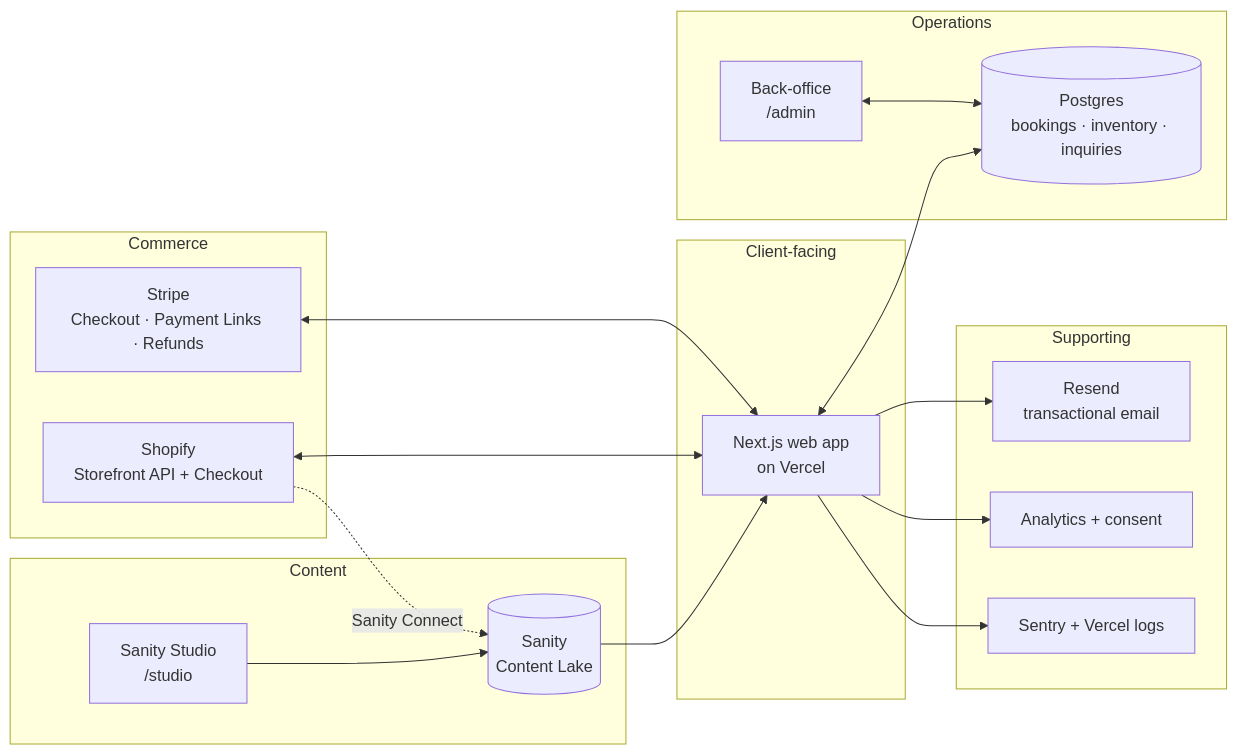
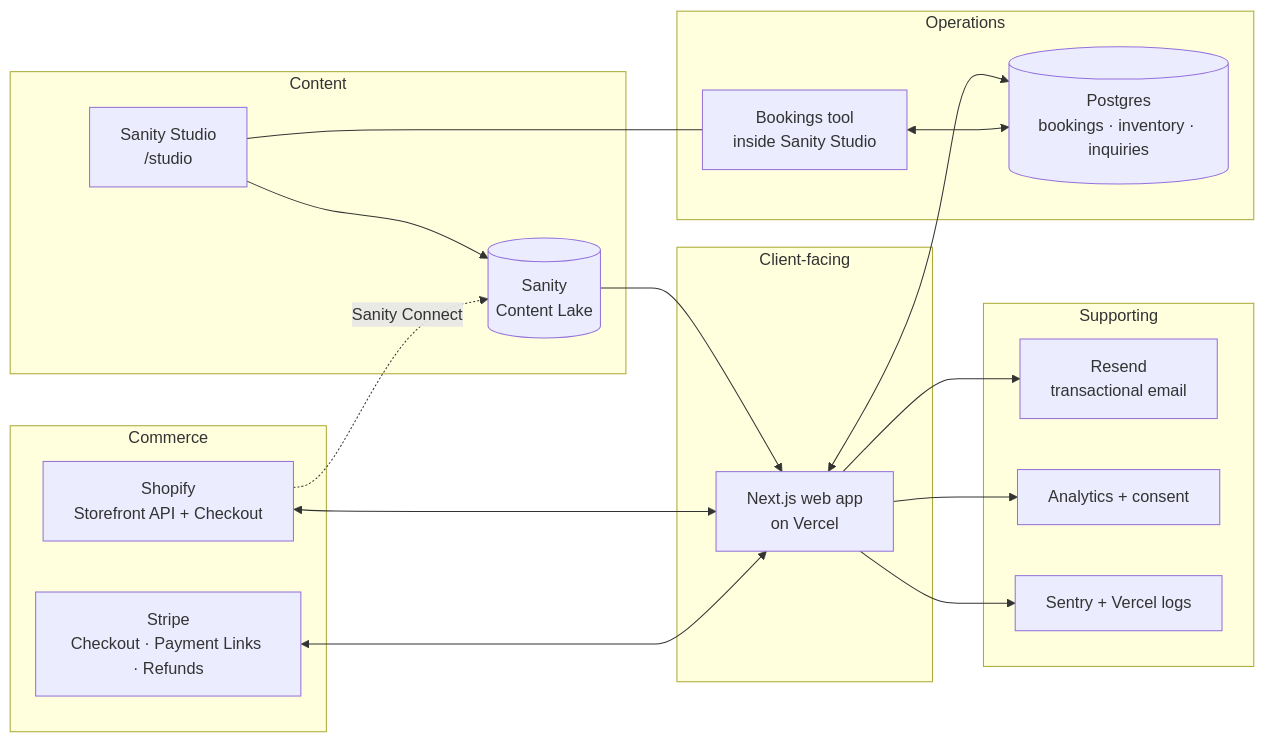
The diagram in docs/03-services.md (patrickvandevelde-byte/travel-latvia), drawn with Mermaid before and after one commit. The commit also changed other lines of this file and 14 other files, not shown here.

````diff
--- a/docs/03-services.md
+++ b/docs/03-services.md
@@ -30,32 +30,33 @@
 ```mermaid
 flowchart LR
   subgraph Client-facing
     W[Next.js web app<br/>on Vercel]
   end
   subgraph Content
     S[(Sanity<br/>Content Lake)]
     ST[Sanity Studio<br/>/studio]
   end
   subgraph Commerce
     SH[Shopify<br/>Storefront API + Checkout]
     STR[Stripe<br/>Checkout · Payment Links · Refunds]
   end
   subgraph Operations
     PG[(Postgres<br/>bookings · inventory · inquiries)]
-    BO[Back-office<br/>/admin]
+    BO[Bookings tool<br/>inside Sanity Studio]
   end
   subgraph Supporting
     EM[Resend<br/>transactional email]
     AN[Analytics + consent]
     MON[Sentry + Vercel logs]
   end
   ST --> S --> W
+  ST --- BO
   SH <--> W
   STR <--> W
   W <--> PG
   BO <--> PG
   W --> EM
   W --> AN
   W --> MON
   SH -. Sanity Connect .-> S
 ```
````
